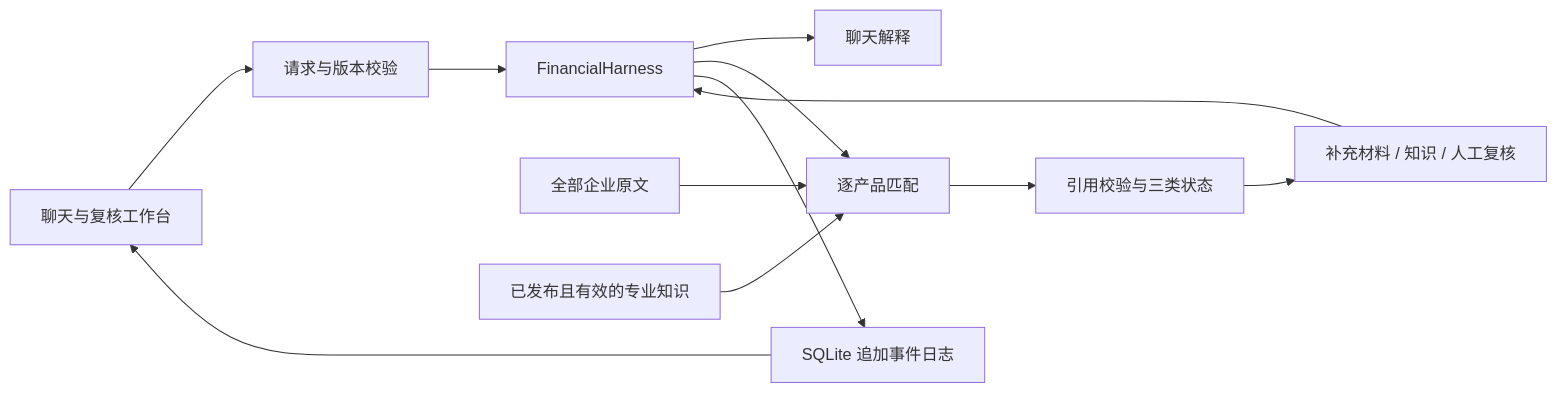
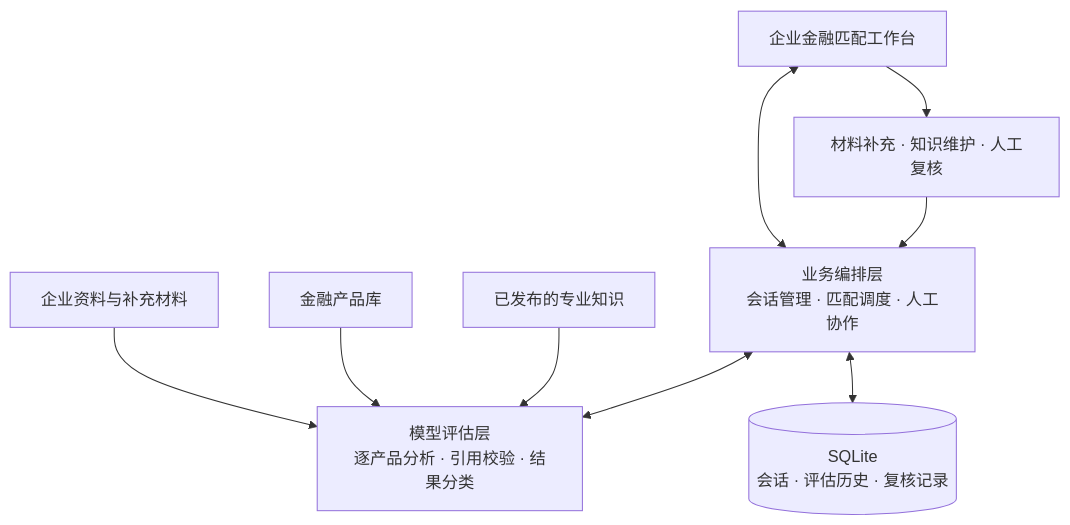
Before and after one commit to lihongfei1219/guikerong: the diagram in README.md, drawn with Mermaid. The commit also changed other lines of this file, not shown here.

Commit message:
Simplify README with project overview and architecture

````diff
--- a/README.md
+++ b/README.md
@@ -85,14 +16,11 @@
 ```mermaid
-flowchart LR
-    UI[聊天与复核工作台] --> API[请求与版本校验]
-    API --> H[FinancialHarness]
-    H --> C[聊天解释]
-    H --> M[逐产品匹配]
-    D[全部企业原文] --> M
-    K[已发布且有效的专业知识] --> M
-    M --> V[引用校验与三类状态]
-    V --> R[补充材料 / 知识 / 人工复核]
+flowchart TB
+    UI[企业金融匹配工作台] <--> H[业务编排层<br/>会话管理 · 匹配调度 · 人工协作]
+    D[企业资料与补充材料] --> M[模型评估层<br/>逐产品分析 · 引用校验 · 结果分类]
+    P[金融产品库] --> M
+    K[已发布的专业知识] --> M
+    H <--> M
+    H <--> S[(SQLite<br/>会话 · 评估历史 · 复核记录)]
+    UI --> R[材料补充 · 知识维护 · 人工复核]
     R --> H
-    H --> E[SQLite 追加事件日志]
-    E --> UI
 ```
````
